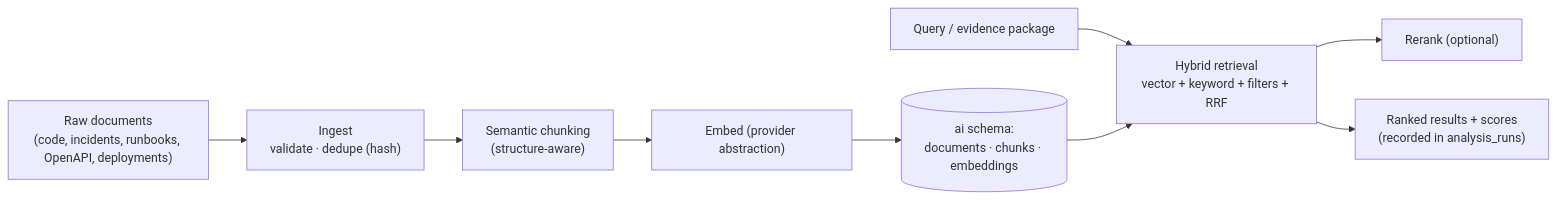
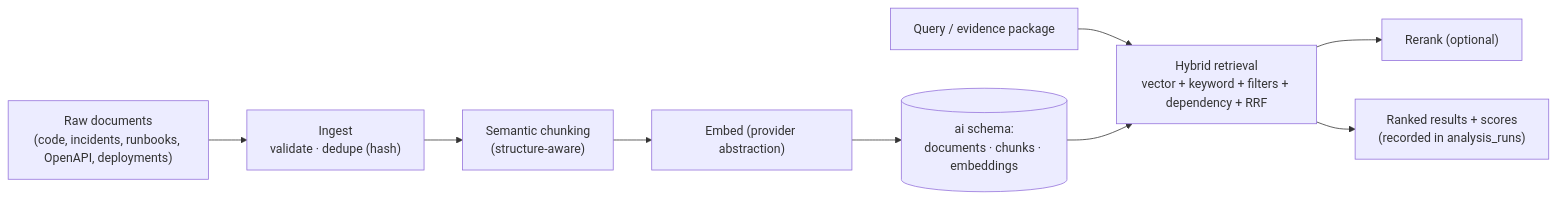
Before and after one commit to Priyanshu-47/ChangeLens-AI: the diagram in docs/rag-architecture.md, drawn with Mermaid. The commit also changed other lines of this file and 56 other files, not shown here.

````diff
--- a/docs/rag-architecture.md
+++ b/docs/rag-architecture.md
@@ -7,11 +7,11 @@
 ```mermaid
 flowchart LR
     SRC["Raw documents<br/>(code, incidents, runbooks, OpenAPI, deployments)"] --> ING["Ingest<br/>validate · dedupe (hash)"]
     ING --> CH["Semantic chunking<br/>(structure-aware)"]
     CH --> EMB["Embed (provider abstraction)"]
     EMB --> ST[("ai schema:<br/>documents · chunks · embeddings")]
-    Q["Query / evidence package"] --> RET["Hybrid retrieval<br/>vector + keyword + filters + RRF"]
+    Q["Query / evidence package"] --> RET["Hybrid retrieval<br/>vector + keyword + filters + dependency + RRF"]
     RET --> RR["Rerank (optional)"]
     ST --> RET
     RET --> OUT["Ranked results + scores<br/>(recorded in analysis_runs)"]
 ```
````
